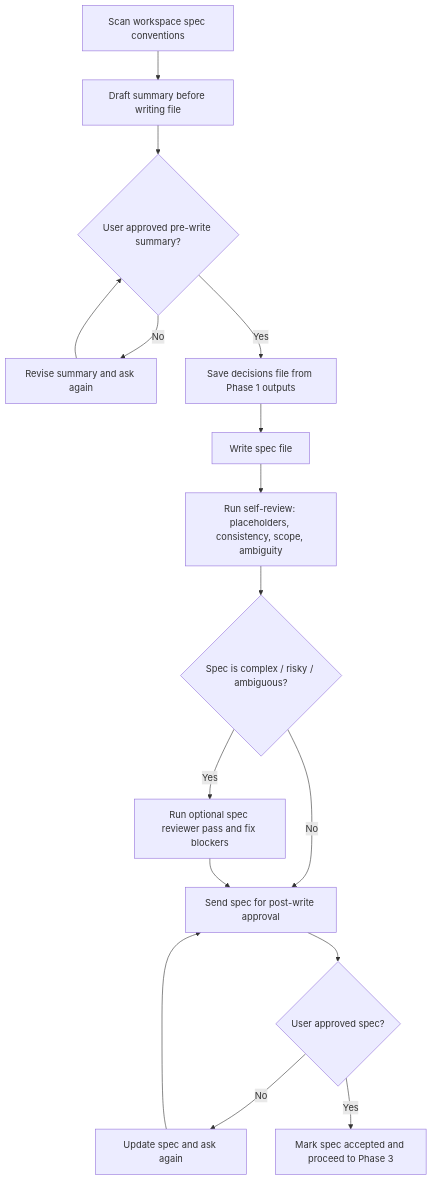
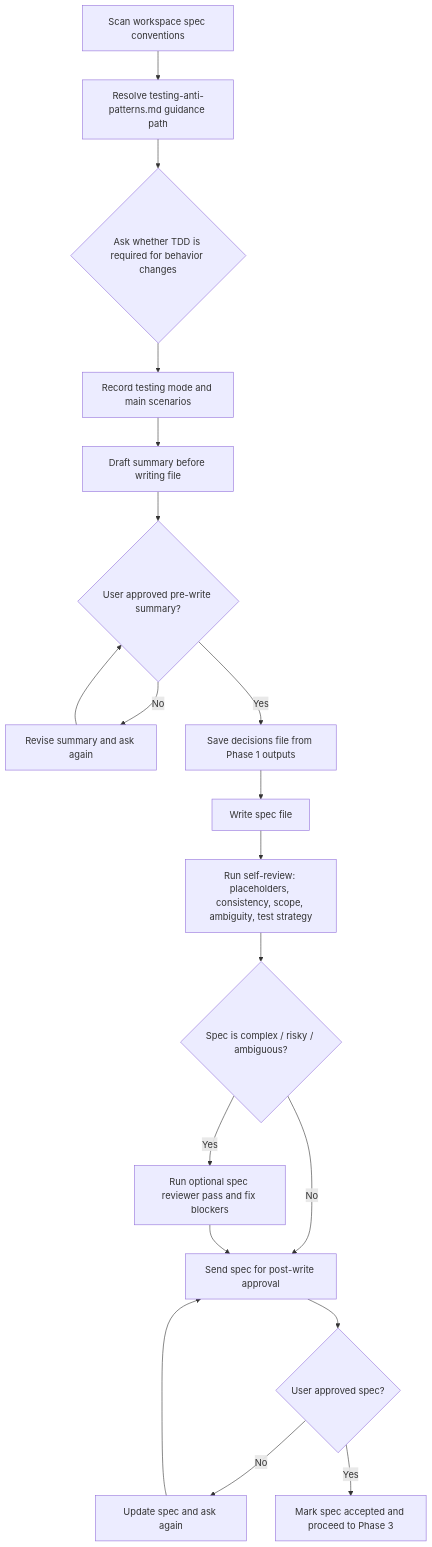
The fourth of 11 diagrams in super-planning/docs/AGENT-DECISION-FLOW.md (gugacarbo/agents-skills), drawn with Mermaid before and after one commit. The commit also changed other lines of this file and 23 other files, not shown here.

Commit message:
feat(super-planning): harden review and testing workflow

````diff
--- a/super-planning/docs/AGENT-DECISION-FLOW.md
+++ b/super-planning/docs/AGENT-DECISION-FLOW.md
@@ -80,18 +80,21 @@
 ```mermaid
 flowchart TD
-    A["Scan workspace spec conventions"] --> B["Draft summary before writing file"]
-    B --> C{"User approved pre-write summary?"}
-    C -->|No| D["Revise summary and ask again"]
-    D --> C
-    C -->|Yes| F["Save decisions file from Phase 1 outputs"]
-    F --> H["Write spec file"]
-    H --> I["Run self-review: placeholders, consistency, scope, ambiguity"]
-    I --> J{"Spec is complex / risky / ambiguous?"}
-    J -->|Yes| K["Run optional spec reviewer pass and fix blockers"]
-    J -->|No| L["Send spec for post-write approval"]
-    K --> L
-    L --> M{"User approved spec?"}
-    M -->|No| N["Update spec and ask again"]
-    N --> L
-    M -->|Yes| O["Mark spec accepted and proceed to Phase 3"]
+    A["Scan workspace spec conventions"] --> B["Resolve testing-anti-patterns.md guidance path"]
+    B --> C{"Ask whether TDD is required for behavior changes"}
+    C --> D["Record testing mode and main scenarios"]
+    D --> E["Draft summary before writing file"]
+    E --> F{"User approved pre-write summary?"}
+    F -->|No| G["Revise summary and ask again"]
+    G --> F
+    F -->|Yes| H["Save decisions file from Phase 1 outputs"]
+    H --> I["Write spec file"]
+    I --> J["Run self-review: placeholders, consistency, scope, ambiguity, test strategy"]
+    J --> K{"Spec is complex / risky / ambiguous?"}
+    K -->|Yes| L["Run optional spec reviewer pass and fix blockers"]
+    K -->|No| M["Send spec for post-write approval"]
+    L --> M
+    M --> N{"User approved spec?"}
+    N -->|No| O["Update spec and ask again"]
+    O --> M
+    N -->|Yes| P["Mark spec accepted and proceed to Phase 3"]
 ```
````
